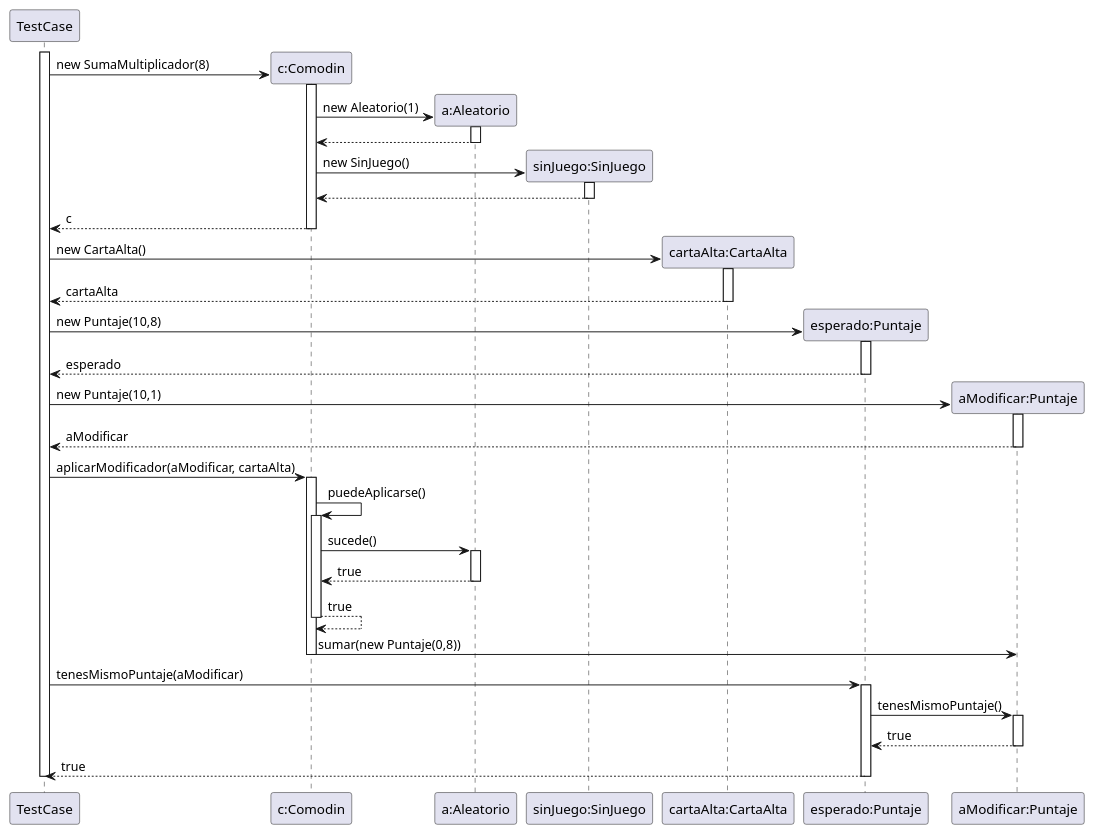
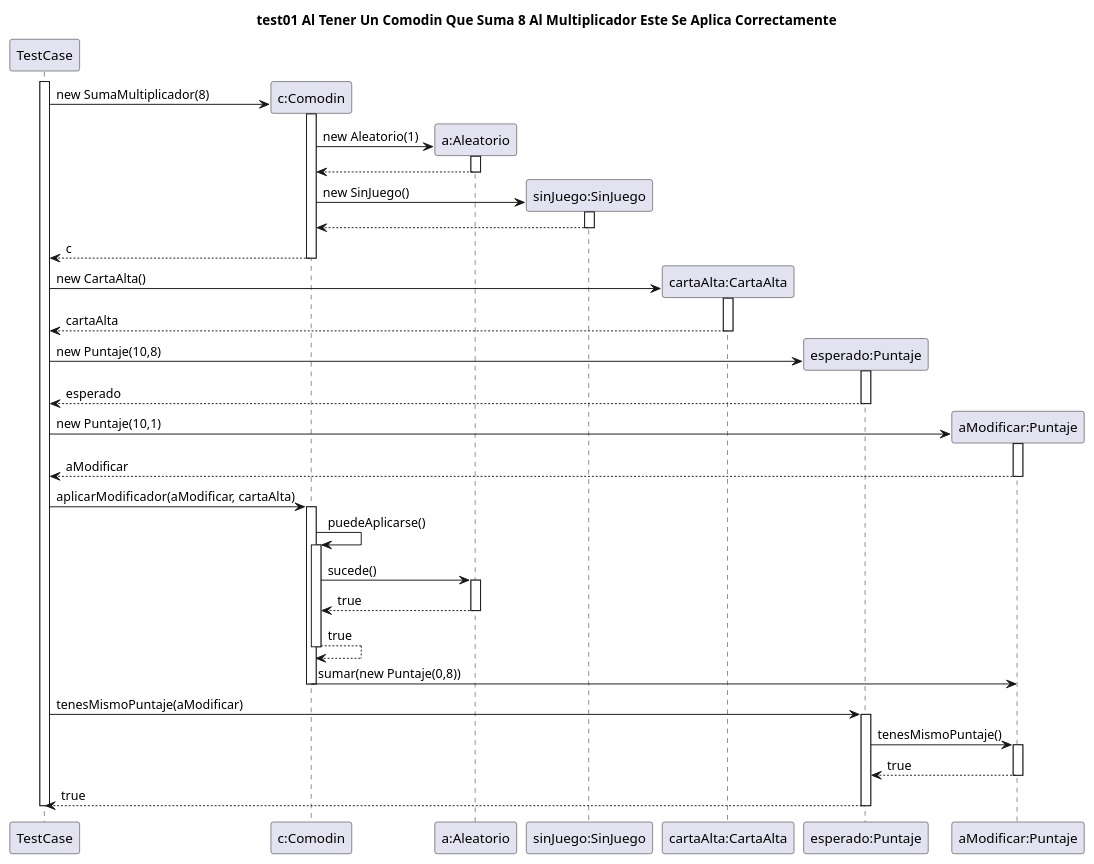
Before and after one commit to facukresta/g06-tp2-2c-2024: the diagram in diagrams/sequences/casoDeUso1.puml, drawn with PlantUML. The commit also changed 8 other files, not shown here.

Commit message:
Agregados los diagramas secuencia de los casos de uso 2, 3, 4 y 5 tanto png como códigos

```diff
--- a/diagrams/sequences/casoDeUso1.puml
+++ b/diagrams/sequences/casoDeUso1.puml
@@ -1,58 +1,60 @@
 @startuml casoDeUso1
+title "test01 Al Tener Un Comodin Que Suma 8 Al Multiplicador Este Se Aplica Correctamente"
+
 activate TestCase
 TestCase -> "c:Comodin" as comodin **: new SumaMultiplicador(8)
 
 activate comodin
 
 comodin -> "a:Aleatorio" as aleatorio **: new Aleatorio(1)
 activate aleatorio
 comodin <-- aleatorio
 deactivate aleatorio
 comodin -> "sinJuego:SinJuego" as sinJuego ** : new SinJuego()
 activate sinJuego
 comodin <-- sinJuego
 deactivate sinJuego
 TestCase <-- comodin : c
 deactivate comodin
 TestCase -> "cartaAlta:CartaAlta" as cartaAlta ** :new CartaAlta()
 activate cartaAlta
 TestCase <-- cartaAlta :cartaAlta
 deactivate cartaAlta
 
 
 
 TestCase -> "esperado:Puntaje" as esperado **: new Puntaje(10,8)
 activate esperado
 TestCase <-- esperado :esperado
 deactivate esperado
 TestCase -> "aModificar:Puntaje" as aModificar **: new Puntaje(10,1)
 activate aModificar
 TestCase <-- aModificar :aModificar
 deactivate aModificar
 
 TestCase -> comodin : aplicarModificador(aModificar, cartaAlta)
 activate comodin
 comodin -> comodin : puedeAplicarse()
 activate comodin
 comodin -> aleatorio : sucede()
 activate aleatorio
 comodin <-- aleatorio : true
 deactivate aleatorio
 
 comodin --> comodin : true
 deactivate comodin
 comodin -> aModificar : sumar(new Puntaje(0,8))
 deactivate comodin
 
 
 TestCase -> esperado: tenesMismoPuntaje(aModificar)
 activate esperado
 esperado -> aModificar: tenesMismoPuntaje()
 activate aModificar
 esperado <-- aModificar : true
 deactivate aModificar
 TestCase <-- esperado :true
 deactivate esperado
 deactivate TestCase
 
 @enduml
```
